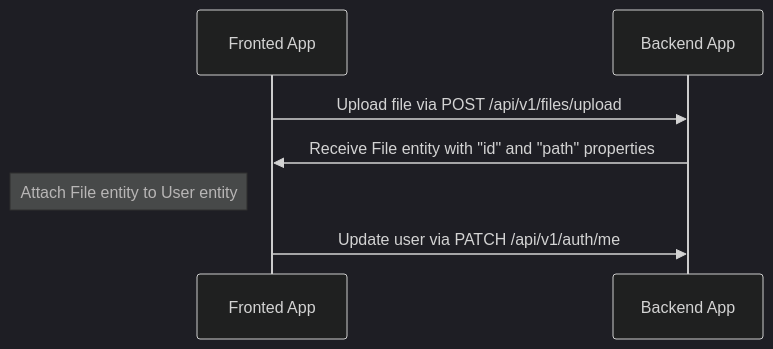
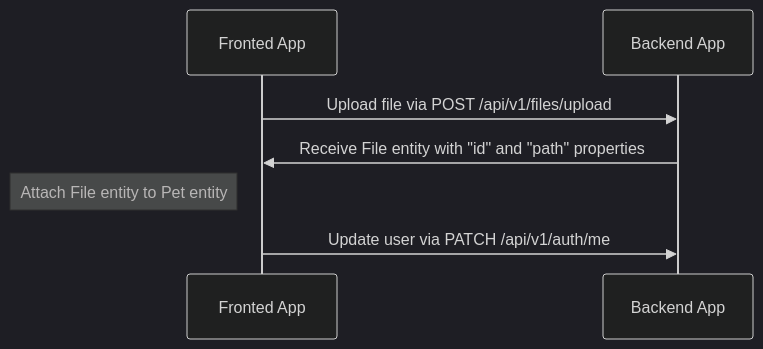
The first of 3 diagrams in docs/file-uploading.md (toryshadow/pet-finder-server), drawn with Mermaid (dark theme) before and after one commit. The commit also changed other lines of this file and 29 other files, not shown here.

````diff
--- a/docs/file-uploading.md
+++ b/docs/file-uploading.md
@@ -35,10 +35,10 @@
 ```mermaid
 sequenceDiagram
     participant A as Fronted App
     participant B as Backend App
 
     A->>B: Upload file via POST /api/v1/files/upload
     B->>A: Receive File entity with "id" and "path" properties
-    note left of A: Attach File entity to User entity
+    note left of A: Attach File entity to Pet entity
     A->>B: Update user via PATCH /api/v1/auth/me
 ```
````
